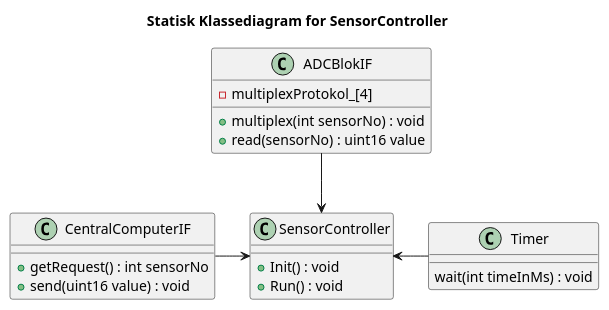
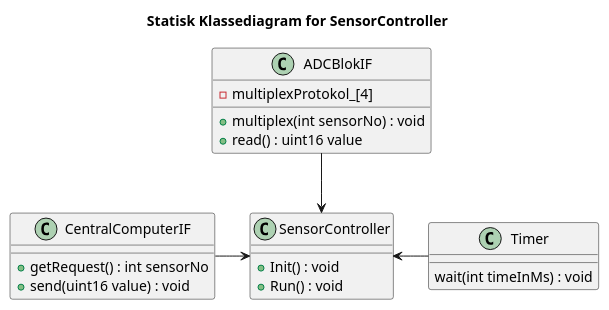
Before and after one commit to Solvgraa-mager/E4PRJ4: the diagram in Design/SE/SensorController/Software/SensorControllerKlassediagram.puml, drawn with PlantUML. The commit also changed 55 other files, not shown here.

```diff
--- a/Design/SE/SensorController/Software/SensorControllerKlassediagram.puml
+++ b/Design/SE/SensorController/Software/SensorControllerKlassediagram.puml
@@ -1,25 +1,25 @@
 @startuml
 title Statisk Klassediagram for SensorController
 
 class SensorController{
     +Init() : void
     +Run() : void
 }
 class ADCBlokIF{
     +multiplex(int sensorNo) : void
-    +read(sensorNo) : uint16 value
+    +read() : uint16 value
     -multiplexProtokol_[4]
 }
 class CentralComputerIF{
     +getRequest() : int sensorNo
     +send(uint16 value) : void
 }
 class Timer{
     wait(int timeInMs) : void
 }
 
 ADCBlokIF --> SensorController
 CentralComputerIF -> SensorController
 SensorController <- Timer
 
 @enduml
```
